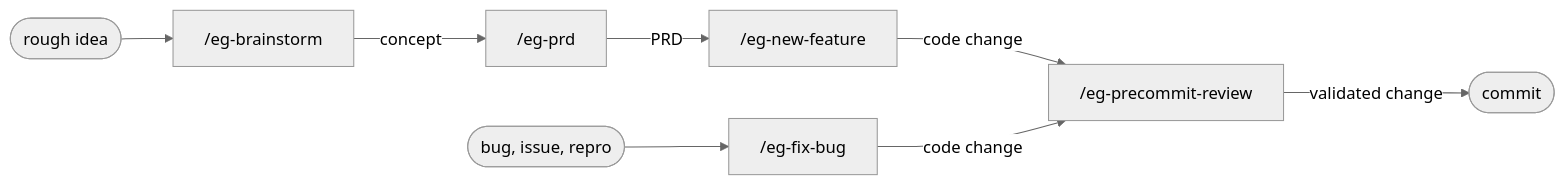
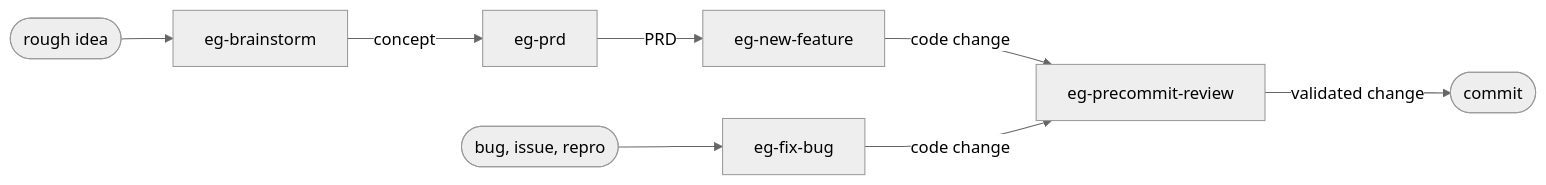
One commit to vshvedov/elephant-goldfish changed the diagram in README.md. Above: the diagram before and after it, drawn with Mermaid (neutral theme). The commit also changed other lines of this file and 8 other files, not shown here.

````diff
--- a/README.md
+++ b/README.md
@@ -73,10 +87,10 @@
 ```mermaid
 flowchart LR
-    R(["rough idea"]) --> A["/eg-brainstorm"]
-    A -- concept --> B["/eg-prd"]
-    B -- PRD --> C["/eg-new-feature"]
-    BG(["bug, issue, repro"]) --> D["/eg-fix-bug"]
-    C -- code change --> E["/eg-precommit-review"]
+    R(["rough idea"]) --> A["eg-brainstorm"]
+    A -- concept --> B["eg-prd"]
+    B -- PRD --> C["eg-new-feature"]
+    BG(["bug, issue, repro"]) --> D["eg-fix-bug"]
+    C -- code change --> E["eg-precommit-review"]
     D -- code change --> E
     E -- validated change --> F(["commit"])
 ```
````
